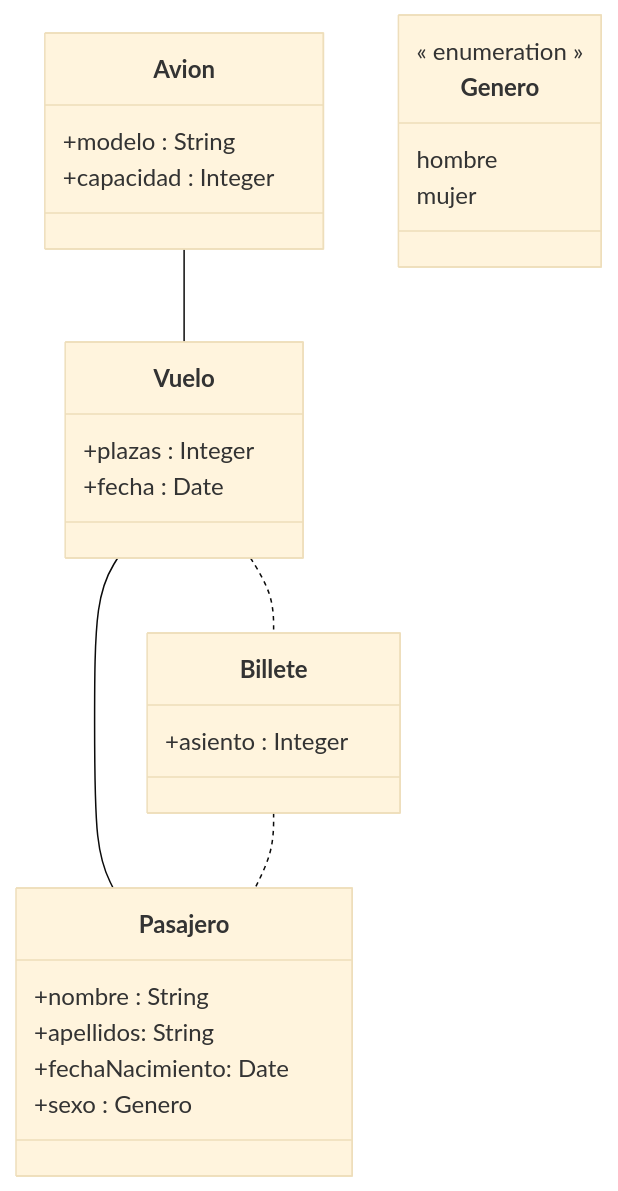
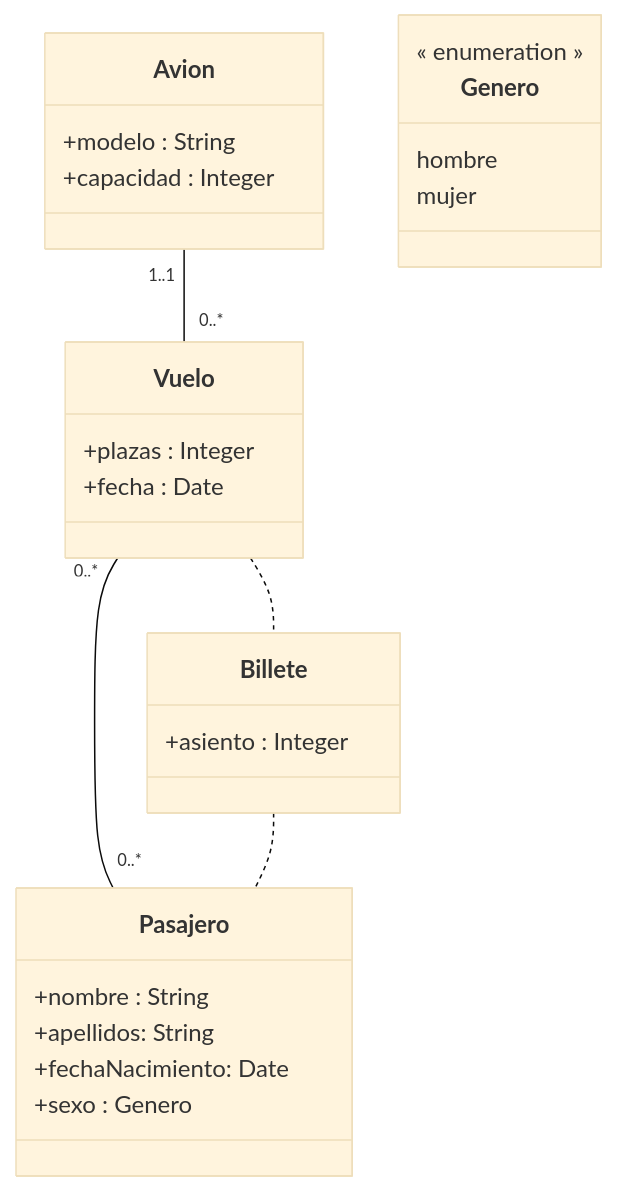
Before and after one commit to mgi007/CoverageJUnitENTORNOS_DESARROLLO: the diagram in src/markdown/Practica3_Markdown.md, drawn with Mermaid (base theme). The commit also changed 1 other file, not shown here.

Commit message:
cardinalidad práctica 3

````diff
--- a/src/markdown/Practica3_Markdown.md
+++ b/src/markdown/Practica3_Markdown.md
@@ -4,39 +4,39 @@
 ``` mermaid
 classDiagram
 
-    Avion -- Vuelo
+    Avion "1..1" -- "0..*" Vuelo
 
-    Vuelo -- Pasajero
+    Vuelo "0..*" -- "0..*" Pasajero
 
     Vuelo .. Billete
     Billete .. Pasajero
     
     class Avion {
         +modelo : String
         +capacidad : Integer
     }
 
     class Vuelo {
         +plazas : Integer
         +fecha : Date
     }
 
     class Billete {
         +asiento : Integer
     }
 
     class Pasajero {
         +nombre : String
         +apellidos: String
         +fechaNacimiento: Date
         +sexo : Genero
     }
 
 class Genero {
         << enumeration >>
         hombre
         mujer
     }
 
 
 ```
````
